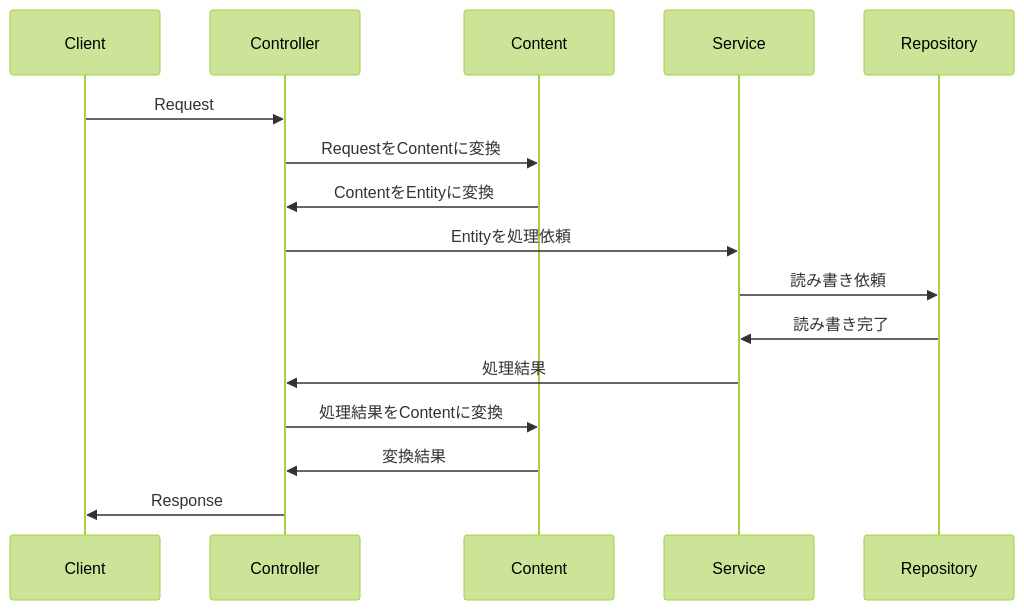
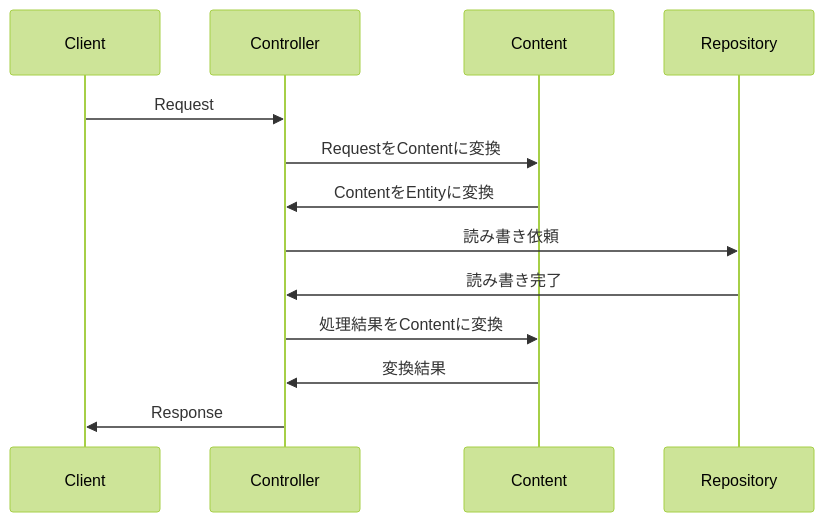
Before and after one commit to lemo-nade-room/todo-app: the second of 2 diagrams in docs/architecture.md, drawn with Mermaid (forest theme). The commit also changed other lines of this file and 1 other file, not shown here.

Commit message:
docsの更新

````diff
--- a/docs/architecture.md
+++ b/docs/architecture.md
@@ -15,19 +15,16 @@
 ```mermaid
 sequenceDiagram
 
 participant Client
 participant Controller
 participant Content
-participant Service
 
 Client->>Controller: Request
 Controller->> Content: RequestをContentに変換
 Content->>Controller: ContentをEntityに変換
-Controller->>Service: Entityを処理依頼
-Service->>Repository: 読み書き依頼
-Repository->>Service: 読み書き完了
-Service->>Controller: 処理結果
+Controller->>Repository: 読み書き依頼
+Repository->>Controller: 読み書き完了
 Controller->>Content: 処理結果をContentに変換
 Content ->> Controller: 変換結果
 Controller ->> Client: Response
 ```
````
